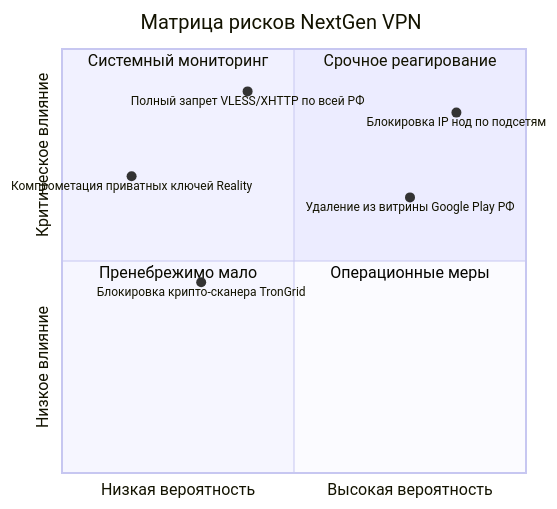
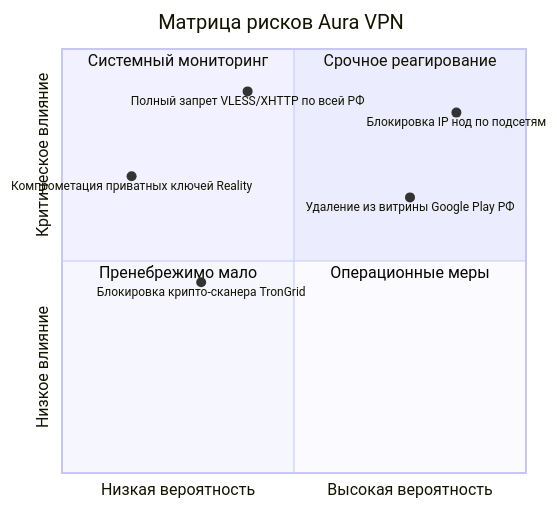
Before and after one commit to roman-struchev/vpn: the diagram in docs-site/architecture/unit-economics.md, drawn with Mermaid. The commit also changed 34 other files, not shown here.

Commit message:
refactor: rename "NextGen VPN" references to "Aura VPN" across documentation, configuration, and UI components

````diff
--- a/docs-site/architecture/unit-economics.md
+++ b/docs-site/architecture/unit-economics.md
@@ -46,15 +46,15 @@
 ```mermaid
 quadrantChart
-    title Матрица рисков NextGen VPN
+    title Матрица рисков Aura VPN
     x-axis Низкая вероятность --> Высокая вероятность
     y-axis Низкое влияние --> Критическое влияние
     quadrant-1 Срочное реагирование
     quadrant-2 Системный мониторинг
     quadrant-3 Пренебрежимо мало
     quadrant-4 Операционные меры
     Блокировка IP нод по подсетям: [0.85, 0.85]
     Удаление из витрины Google Play РФ: [0.75, 0.65]
     Полный запрет VLESS/XHTTP по всей РФ: [0.40, 0.90]
     Блокировка крипто-сканера TronGrid: [0.30, 0.45]
     Компрометация приватных ключей Reality: [0.15, 0.70]
 ```
````
